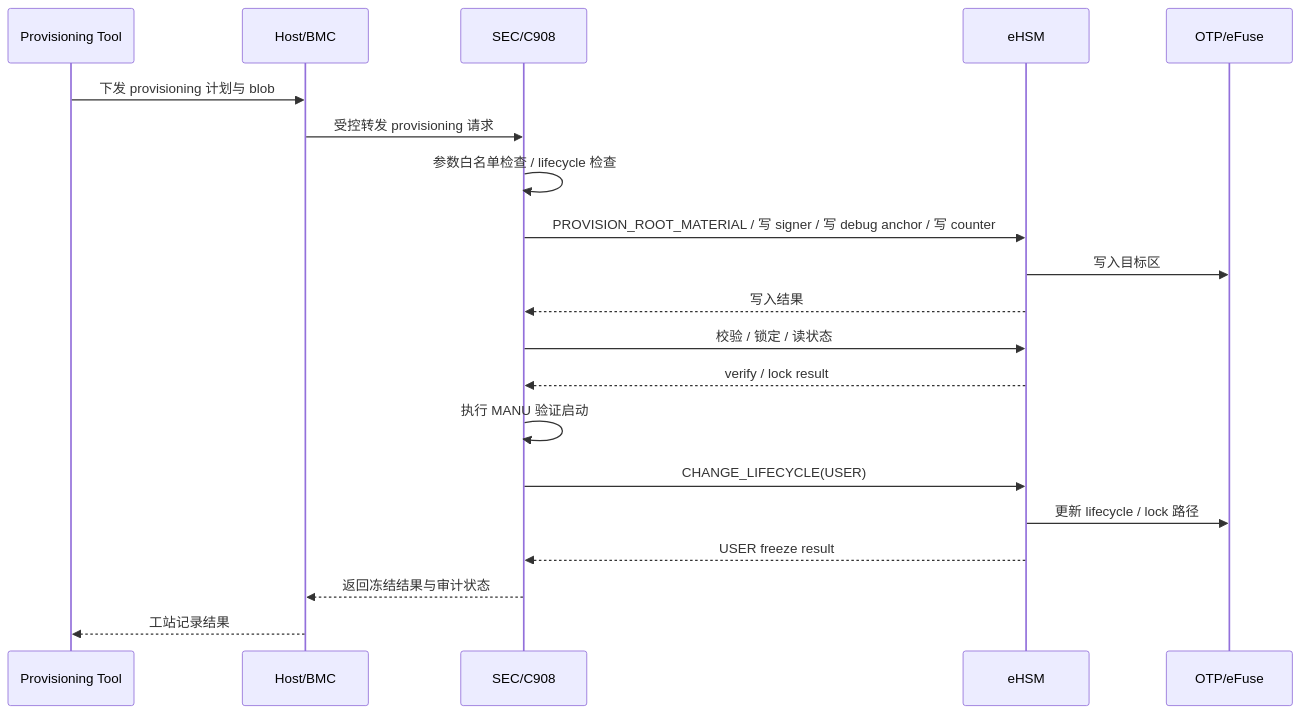
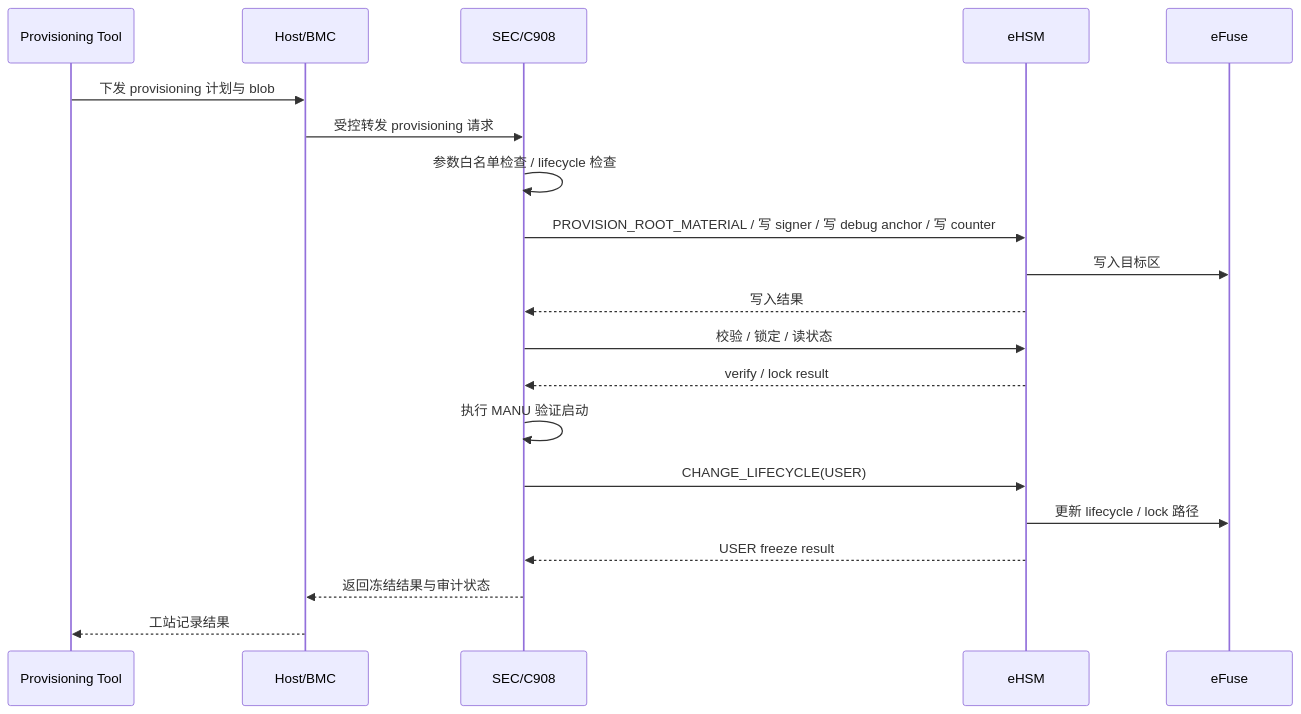
Diagram 24 of 29 in ngu800_security_solution_flow_with_gpt/security_workflow/03_detailed_design/10_full_design.md (DBW19931021/security_-scheme), drawn with Mermaid before and after one commit. The commit also changed other lines of this file and 28 other files, not shown here.

````diff
--- a/ngu800_security_solution_flow_with_gpt/security_workflow/03_detailed_design/10_full_design.md
+++ b/ngu800_security_solution_flow_with_gpt/security_workflow/03_detailed_design/10_full_design.md
@@ -3580,23 +3996,23 @@
 ```mermaid
 sequenceDiagram
     participant TOOL as Provisioning Tool
     participant HOST as Host/BMC
     participant SEC as SEC/C908
     participant EH as eHSM
-    participant OTP as OTP/eFuse
+    participant eFuse as eFuse
 
     TOOL->>HOST: 下发 provisioning 计划与 blob
     HOST->>SEC: 受控转发 provisioning 请求
     SEC->>SEC: 参数白名单检查 / lifecycle 检查
     SEC->>EH: PROVISION_ROOT_MATERIAL / 写 signer / 写 debug anchor / 写 counter
-    EH->>OTP: 写入目标区
+    EH->>eFuse: 写入目标区
     EH-->>SEC: 写入结果
     SEC->>EH: 校验 / 锁定 / 读状态
     EH-->>SEC: verify / lock result
     SEC->>SEC: 执行 MANU 验证启动
     SEC->>EH: CHANGE_LIFECYCLE(USER)
-    EH->>OTP: 更新 lifecycle / lock 路径
+    EH->>eFuse: 更新 lifecycle / lock 路径
     EH-->>SEC: USER freeze result
     SEC-->>HOST: 返回冻结结果与审计状态
     HOST-->>TOOL: 工站记录结果
 ```
````
